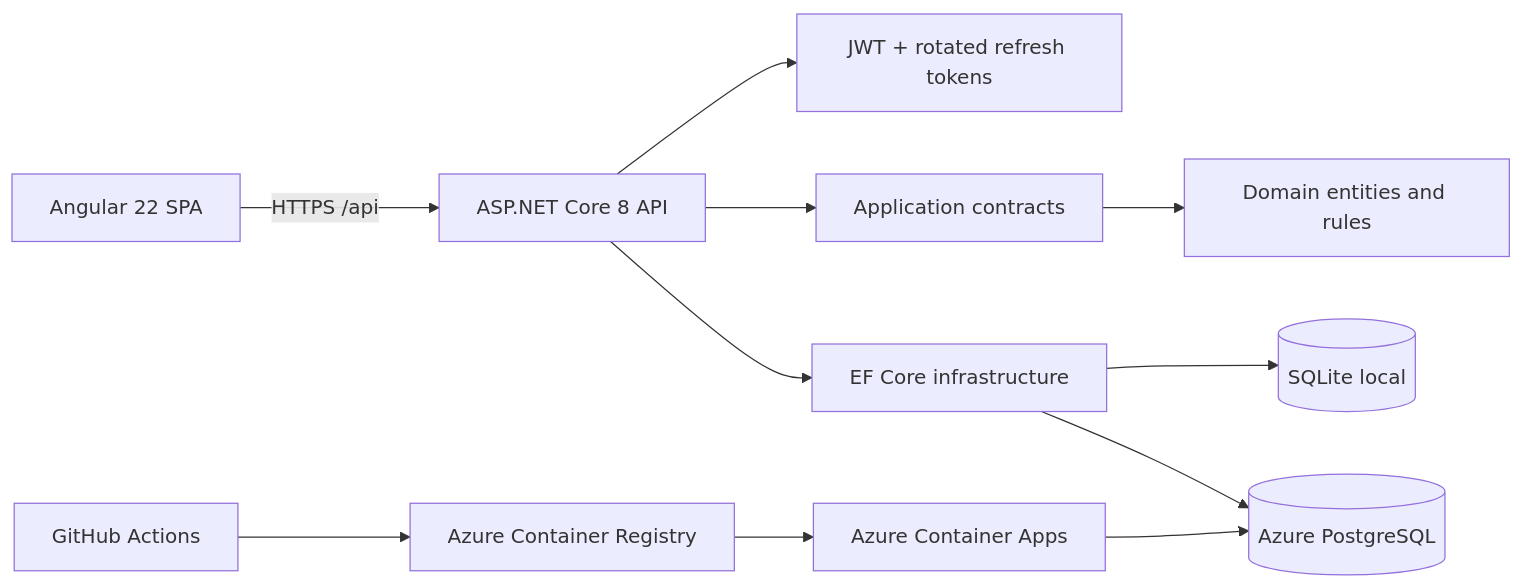
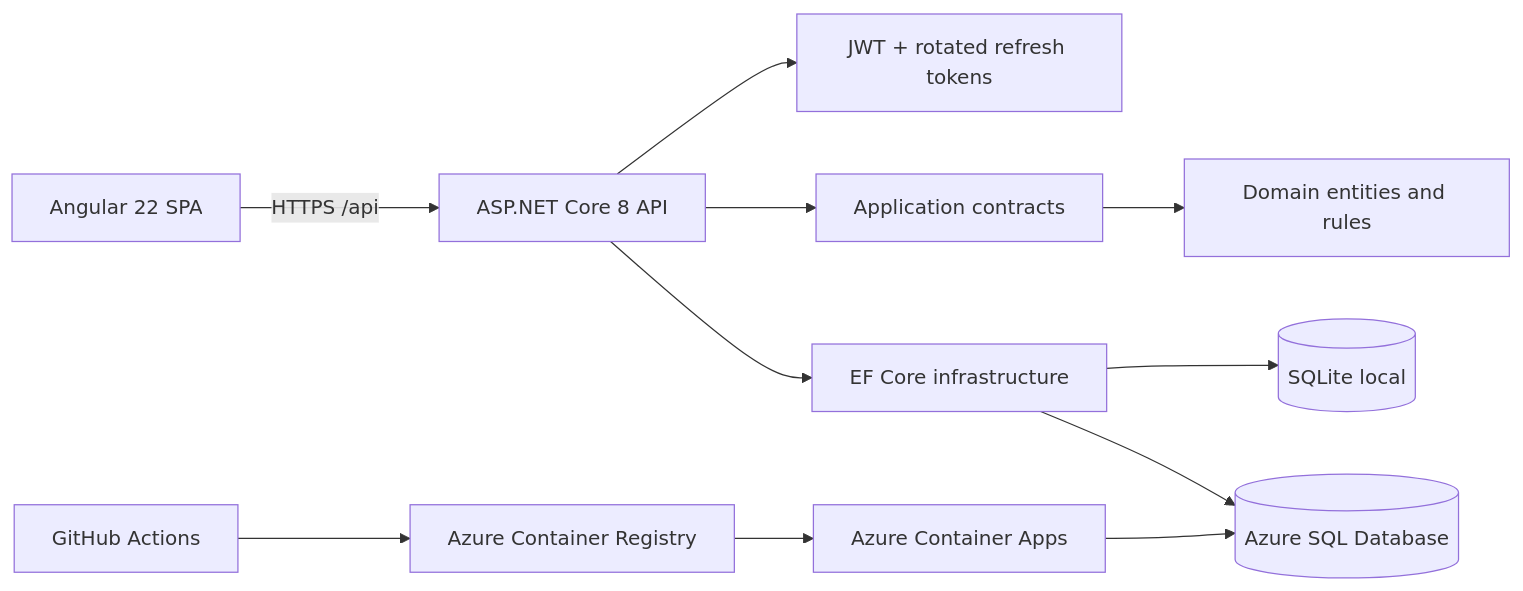
The diagram in README.md (tanapotc/cloudtrack), drawn with Mermaid before and after one commit. The commit also changed other lines of this file and 12 other files, not shown here.

Commit message:
refactor(data): move Azure deployment to SQL Server

````diff
--- a/README.md
+++ b/README.md
@@ -21,13 +21,13 @@
 ```mermaid
 flowchart LR
   Browser[Angular 22 SPA] -->|HTTPS /api| API[ASP.NET Core 8 API]
   API --> Auth[JWT + rotated refresh tokens]
   API --> App[Application contracts]
   App --> Domain[Domain entities and rules]
   API --> Infra[EF Core infrastructure]
   Infra --> Local[(SQLite local)]
-  Infra --> Cloud[(Azure PostgreSQL)]
+  Infra --> Cloud[(Azure SQL Database)]
   Actions[GitHub Actions] --> Registry[Azure Container Registry]
   Registry --> Container[Azure Container Apps]
   Container --> Cloud
 ```
````
